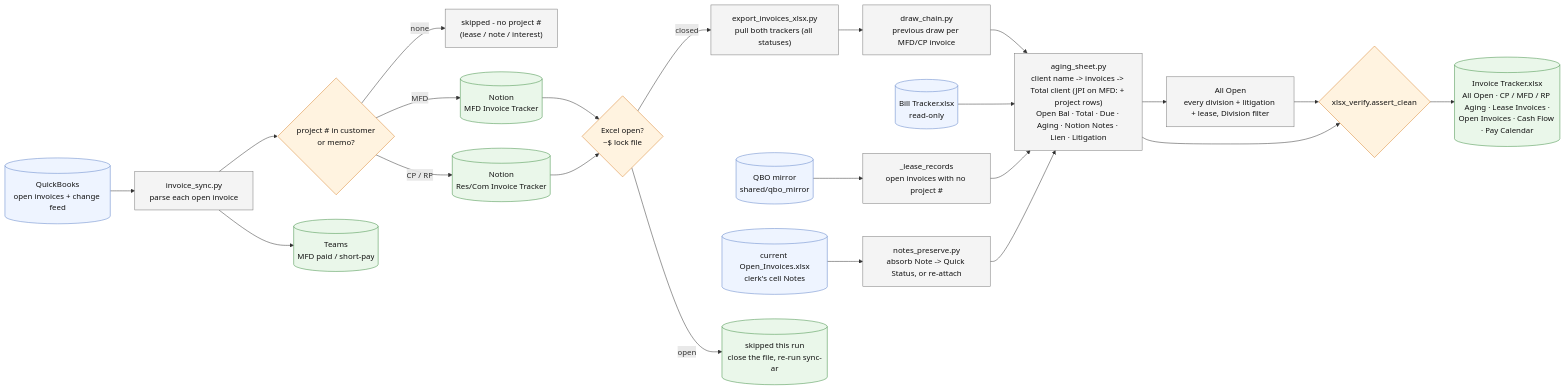
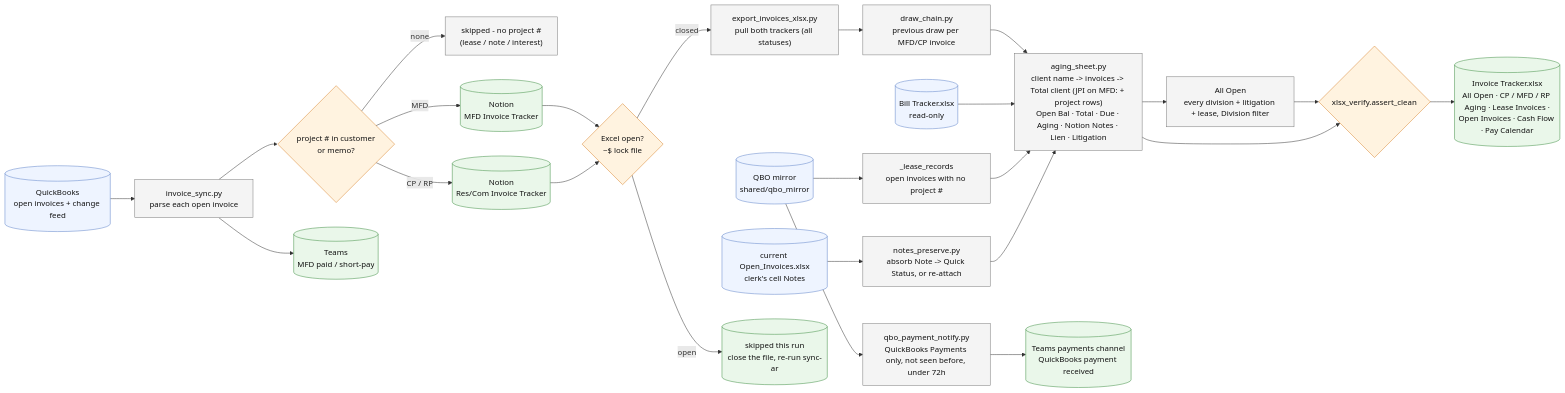
Before and after one commit to Ecarlo-Proficient/Claude-Report: the diagram in invoice-sync/FLOW.md, drawn with Mermaid. The commit also changed other lines of this file and 9 other files, not shown here.

Commit message:
invoice-sync: QuickBooks payment received card - one Teams card per payment a client makes through the e-invoice link (bank / card), read from the mirror, posted once, first run seeds, nothing older than 72h; webhook TEAMS_WEBHOOK_PAYMENTS (setup_qbo --rotate)

````diff
--- a/invoice-sync/FLOW.md
+++ b/invoice-sync/FLOW.md
@@ -9,47 +9,50 @@
 ```mermaid
 flowchart LR
     classDef src fill:#eef4ff,stroke:#5b7fc7,color:#111
     classDef tool fill:#f4f4f4,stroke:#777,color:#111
     classDef gate fill:#fff3e0,stroke:#d9822b,color:#111
     classDef out fill:#eaf7ea,stroke:#3c8d40,color:#111
 
     QBO[("QuickBooks<br/>open invoices + change feed")]:::src
     MIR[("QBO mirror<br/>shared/qbo_mirror")]:::src
     BTX[("Bill Tracker.xlsx<br/>read-only")]:::src
     OLD[("current Open_Invoices.xlsx<br/>clerk's cell Notes")]:::src
 
     SYNC["invoice_sync.py<br/>parse each open invoice"]:::tool
     ROUTE{"project # in customer<br/>or memo?"}:::gate
     SKIP["skipped - no project #<br/>(lease / note / interest)"]:::tool
     LOCK{"Excel open?<br/>~$ lock file"}:::gate
     EXP["export_invoices_xlsx.py<br/>pull both trackers (all statuses)"]:::tool
     CHAIN["draw_chain.py<br/>previous draw per MFD/CP invoice"]:::tool
     AGE["aging_sheet.py<br/>client name -> invoices -> Total client (JPI on MFD: + project rows)<br/>Open Bal · Total · Due · Aging · Notion Notes · Lien · Litigation"]:::tool
     ALL["All Open<br/>every division + litigation + lease, Division filter"]:::tool
     LEASE["_lease_records<br/>open invoices with no project #"]:::tool
     NOTES["notes_preserve.py<br/>absorb Note -> Quick Status, or re-attach"]:::tool
     VER{"xlsx_verify.assert_clean"}:::gate
 
     MFD[("Notion<br/>MFD Invoice Tracker")]:::out
     RES[("Notion<br/>Res/Com Invoice Tracker")]:::out
     TEAMS[("Teams<br/>MFD paid / short-pay")]:::out
+    PAYN["qbo_payment_notify.py<br/>QuickBooks Payments only, not seen before, under 72h"]:::tool
+    TPAY[("Teams payments channel<br/>QuickBooks payment received")]:::out
     OD[("Invoice Tracker.xlsx<br/>All Open · CP / MFD / RP Aging · Lease Invoices ·<br/>Open Invoices · Cash Flow · Pay Calendar")]:::out
     HOLD[("skipped this run<br/>close the file, re-run sync-ar")]:::out
 
     QBO --> SYNC --> ROUTE
     ROUTE -- "MFD" --> MFD
     ROUTE -- "CP / RP" --> RES
     ROUTE -- "none" --> SKIP
     SYNC --> TEAMS
     MFD --> LOCK
     RES --> LOCK
     LOCK -- "open" --> HOLD
     LOCK -- "closed" --> EXP
     OLD --> NOTES
     EXP --> CHAIN --> AGE
     BTX --> AGE
     MIR --> LEASE --> AGE
+    MIR --> PAYN --> TPAY
     NOTES --> AGE
     AGE --> ALL --> VER --> OD
     AGE --> VER
 ```
````
